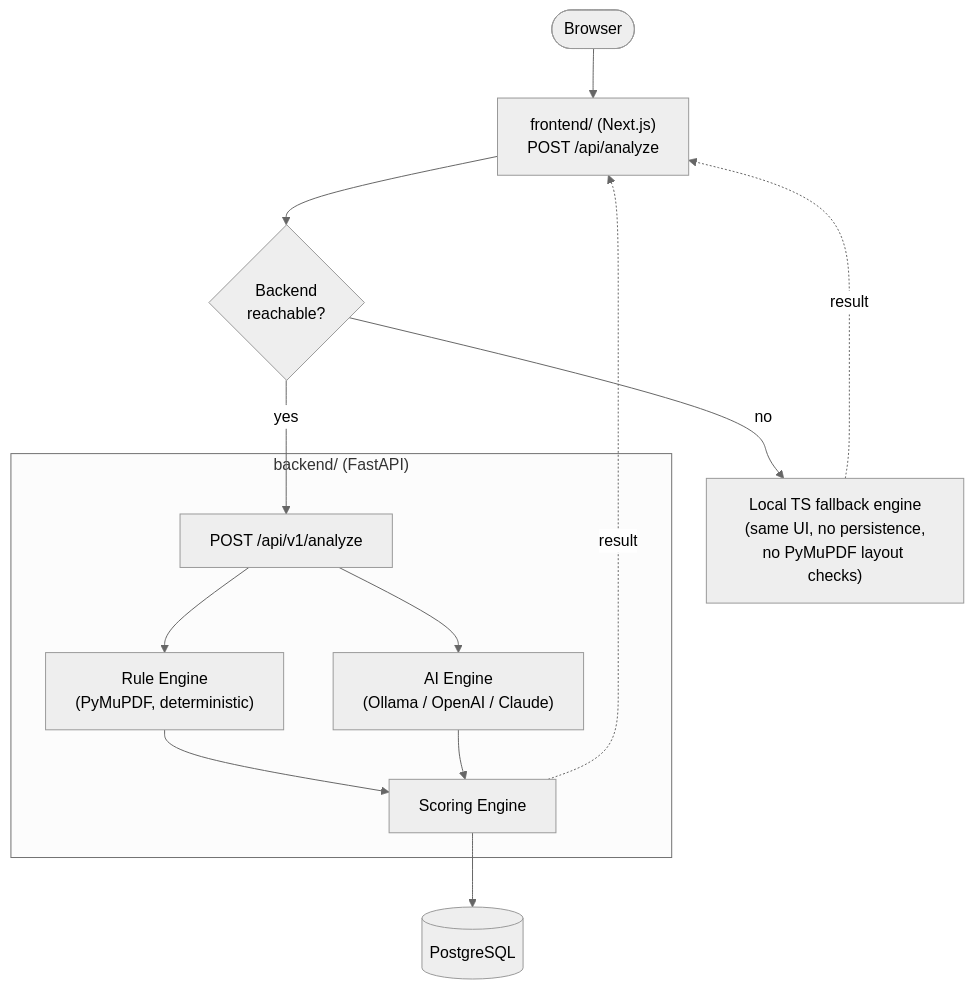
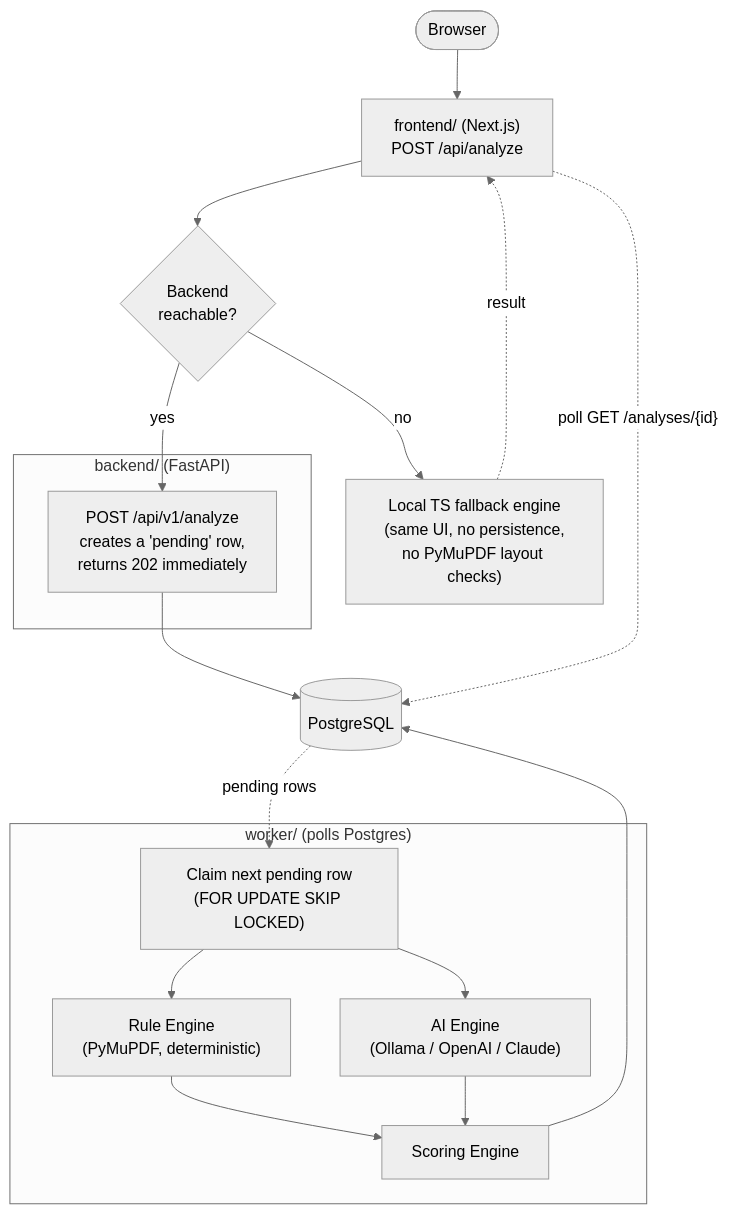
Before and after one commit to priyabratabera/ai-ats-checker: the diagram in README.md, drawn with Mermaid (neutral theme). The commit also changed other lines of this file and 20 other files, not shown here.

````diff
--- a/README.md
+++ b/README.md
@@ -9,20 +9,27 @@
 ```mermaid
 flowchart TD
     Browser(["Browser"]) --> FE["frontend/ (Next.js)<br/>POST /api/analyze"]
     FE --> Check{"Backend<br/>reachable?"}
 
     Check -- "no" --> Local["Local TS fallback engine<br/>(same UI, no persistence,<br/>no PyMuPDF layout checks)"]
     Local -.result.-> FE
 
     Check -- "yes" --> BE
 
     subgraph Backend["backend/ (FastAPI)"]
-        BE["POST /api/v1/analyze"] --> Rule["Rule Engine<br/>(PyMuPDF, deterministic)"]
-        BE --> AI["AI Engine<br/>(Ollama / OpenAI / Claude)"]
+        BE["POST /api/v1/analyze<br/>creates a 'pending' row,<br/>returns 202 immediately"]
+    end
+
+    BE --> DB[("PostgreSQL")]
+    FE -. "poll GET /analyses/{id}" .-> DB
+
+    subgraph Worker["worker/ (polls Postgres)"]
+        Claim["Claim next pending row<br/>(FOR UPDATE SKIP LOCKED)"] --> Rule["Rule Engine<br/>(PyMuPDF, deterministic)"]
+        Claim --> AI["AI Engine<br/>(Ollama / OpenAI / Claude)"]
         Rule --> Score["Scoring Engine"]
         AI --> Score
     end
 
-    Score --> DB[("PostgreSQL")]
-    Score -.result.-> FE
+    DB -. "pending rows" .-> Claim
+    Score --> DB
 ```
````
